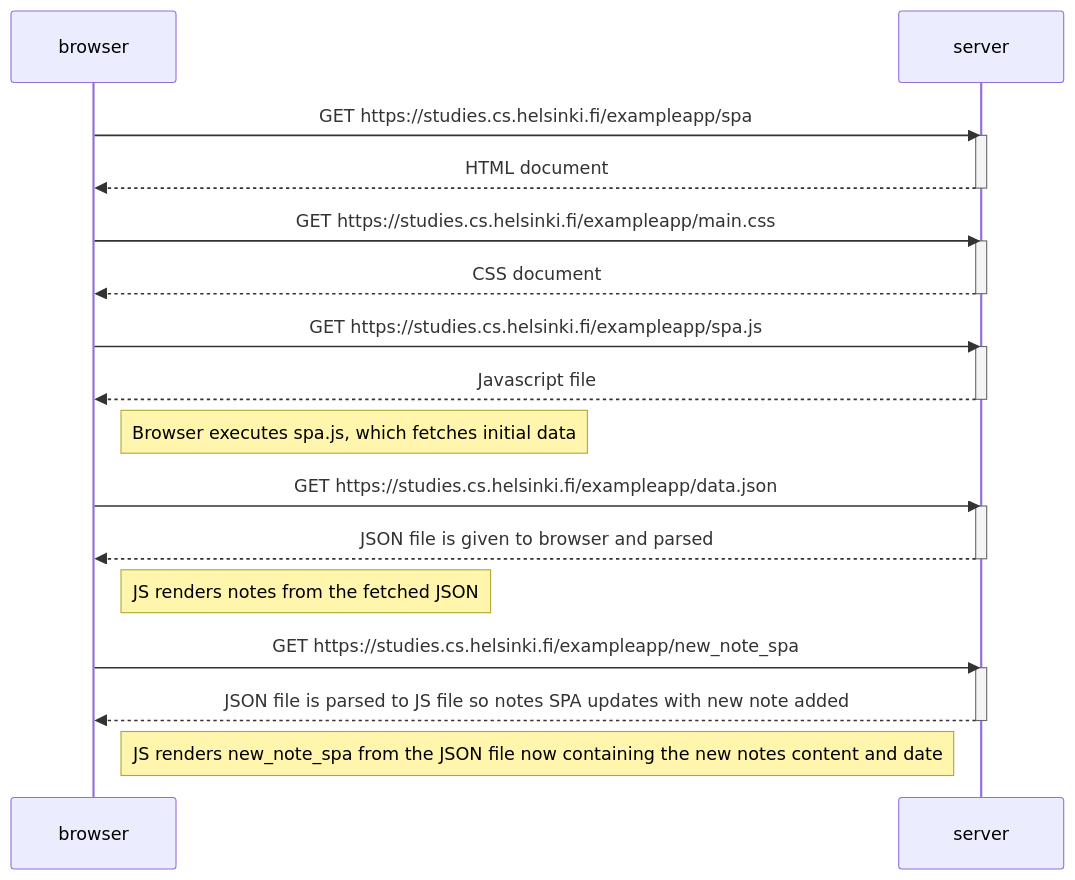
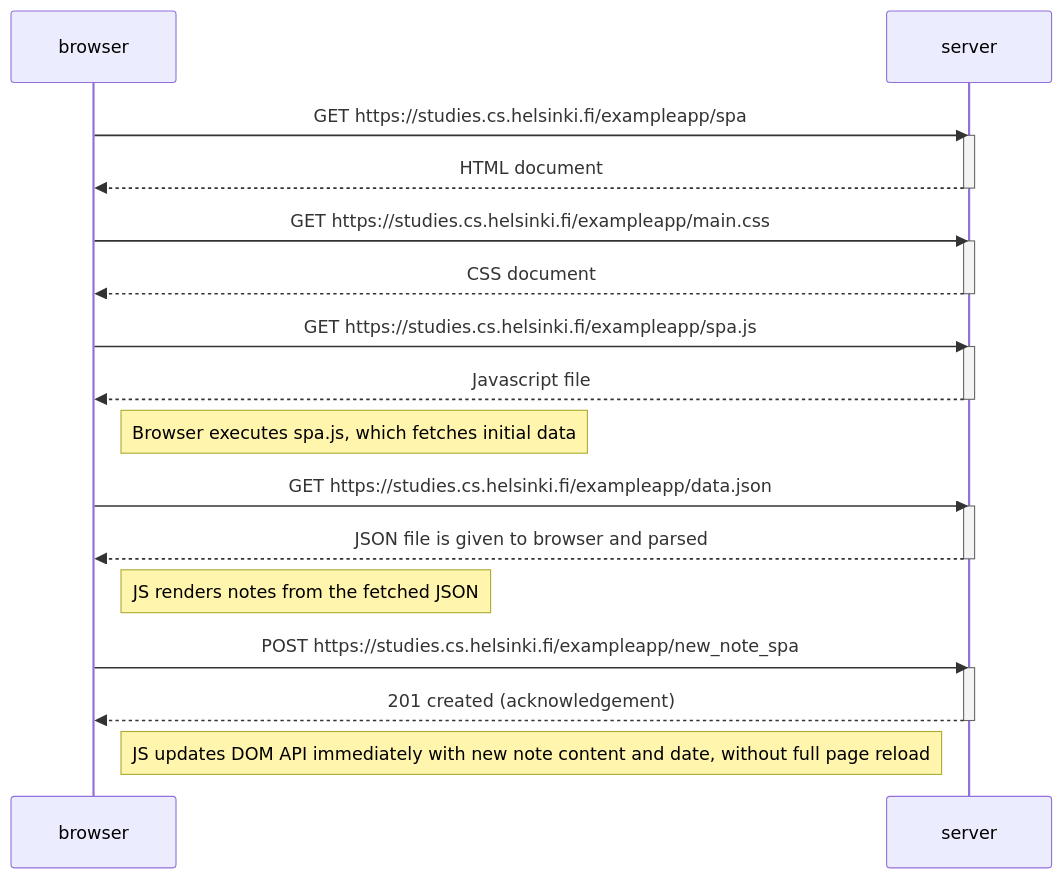
One commit to jpuls306/submission-repo changed the diagram in part0/new_note_spa_diagram.md. Above: the diagram before and after it, drawn with Mermaid.

Commit message:
part0 final possibly

````diff
--- a/part0/new_note_spa_diagram.md
+++ b/part0/new_note_spa_diagram.md
@@ -3,36 +3,36 @@
 ```mermaid
 sequenceDiagram
     participant browser
     participant server
 
     browser->>server: GET https://studies.cs.helsinki.fi/exampleapp/spa
     activate server
     server-->>browser: HTML document
     deactivate server
 
     browser->>server: GET https://studies.cs.helsinki.fi/exampleapp/main.css
     activate server
     server-->>browser: CSS document
     deactivate server
 
     browser->>server: GET https://studies.cs.helsinki.fi/exampleapp/spa.js
     activate server
     server-->>browser: Javascript file
     deactivate server
 
     Note right of browser: Browser executes spa.js, which fetches initial data
 
     browser->>server: GET https://studies.cs.helsinki.fi/exampleapp/data.json
     activate server
     server-->>browser: JSON file is given to browser and parsed
     deactivate server
 
     Note right of browser: JS renders notes from the fetched JSON
 
-    browser->>server: GET https://studies.cs.helsinki.fi/exampleapp/new_note_spa
+    browser->>server: POST https://studies.cs.helsinki.fi/exampleapp/new_note_spa
     activate server
-    server-->>browser: JSON file is parsed to JS file so notes SPA updates with new note added
+    server-->>browser: 201 created (acknowledgement)
     deactivate server
 
-    Note right of browser: JS renders new_note_spa from the JSON file now containing the new notes content and date
+    Note right of browser: JS updates DOM API immediately with new note content and date, without full page reload
 ```
````
